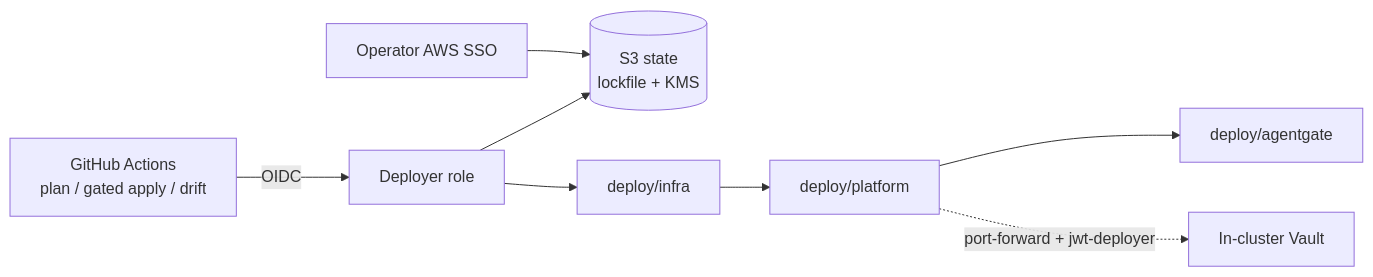
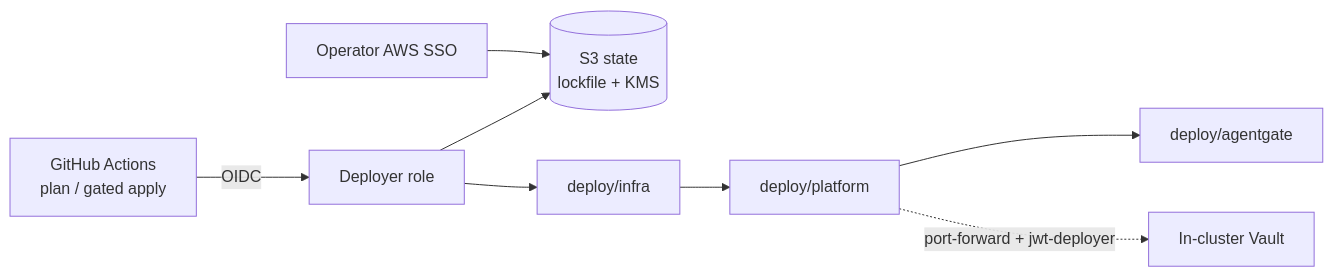
One commit to jaezeu/agentgate changed the fourth of 4 diagrams in docs/ARCHITECTURE.md. Above: the diagram before and after it, drawn with Mermaid. The commit also changed 4 other files, not shown here.

````diff
--- a/docs/ARCHITECTURE.md
+++ b/docs/ARCHITECTURE.md
@@ -386,12 +386,12 @@
 ```mermaid
 flowchart LR
     GH[GitHub Actions
-plan / gated apply / drift] -->|OIDC| DR[Deployer role]
+plan / gated apply] -->|OIDC| DR[Deployer role]
     OP[Operator AWS SSO] --> ST
     DR --> ST[(S3 state
 lockfile + KMS)]
     DR --> B[deploy/infra]
     B --> C[deploy/platform]
     C --> D[deploy/agentgate]
     C -.->|port-forward + jwt-deployer| V[In-cluster Vault]
 ```
````
